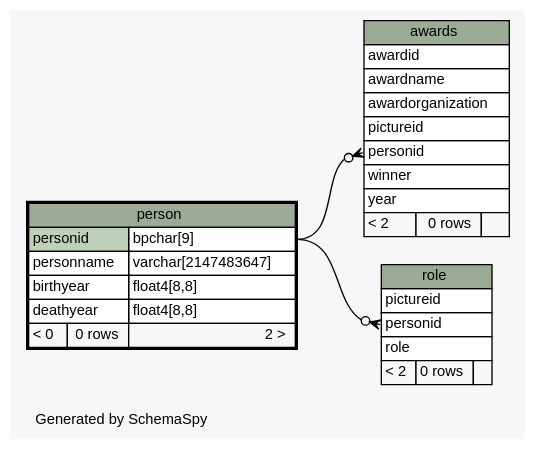
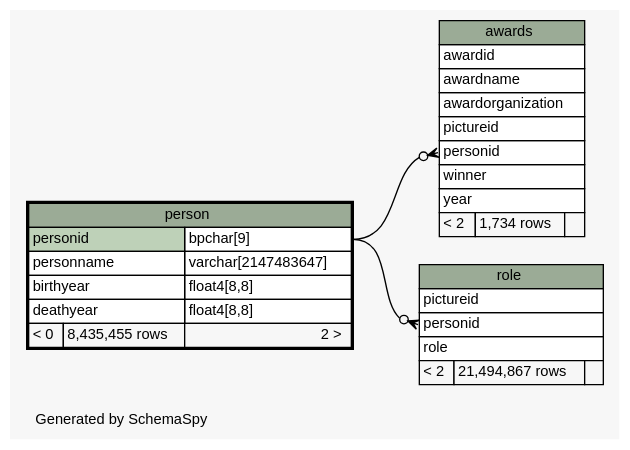
One commit to sipian/CS3563-DBMS changed the diagram in populating-tables/schemaspy/diagrams/person.1degree.dot. Above: the diagram before and after it, drawn with Graphviz. The commit also changed 65 other files, not shown here.

```diff
--- a/populating-tables/schemaspy/diagrams/person.1degree.dot
+++ b/populating-tables/schemaspy/diagrams/person.1degree.dot
@@ -1,65 +1,65 @@
 // dot 2.38.0 on Linux 4.13.0-32-generic
 // SchemaSpy rev 590
 digraph "oneDegreeRelationshipsDiagram" {
   graph [
     rankdir="RL"
     bgcolor="#f7f7f7"
     label="\nGenerated by SchemaSpy"
     labeljust="l"
     nodesep="0.18"
     ranksep="0.46"
     fontname="Helvetica"
     fontsize="11"
   ];
   node [
     fontname="Helvetica"
     fontsize="11"
     shape="plaintext"
   ];
   edge [
     arrowsize="0.8"
   ];
   "awards":"personid":w -> "person":"personid.type":e [arrowhead=none dir=back arrowtail=crowodot];
   "role":"personid":w -> "person":"personid.type":e [arrowhead=none dir=back arrowtail=crowodot];
   "awards" [
     label=<
     <TABLE BORDER="0" CELLBORDER="1" CELLSPACING="0" BGCOLOR="#ffffff">
       <TR><TD COLSPAN="3" BGCOLOR="#9bab96" ALIGN="CENTER">awards</TD></TR>
       <TR><TD PORT="awardid" COLSPAN="3" ALIGN="LEFT">awardid</TD></TR>
       <TR><TD PORT="awardname" COLSPAN="3" ALIGN="LEFT">awardname</TD></TR>
       <TR><TD PORT="awardorganization" COLSPAN="3" ALIGN="LEFT">awardorganization</TD></TR>
       <TR><TD PORT="pictureid" COLSPAN="3" ALIGN="LEFT">pictureid</TD></TR>
       <TR><TD PORT="personid" COLSPAN="3" ALIGN="LEFT">personid</TD></TR>
       <TR><TD PORT="winner" COLSPAN="3" ALIGN="LEFT">winner</TD></TR>
       <TR><TD PORT="year" COLSPAN="3" ALIGN="LEFT">year</TD></TR>
-      <TR><TD ALIGN="LEFT" BGCOLOR="#f7f7f7">&lt; 2</TD><TD ALIGN="RIGHT" BGCOLOR="#f7f7f7">0 rows</TD><TD ALIGN="RIGHT" BGCOLOR="#f7f7f7">  </TD></TR>
+      <TR><TD ALIGN="LEFT" BGCOLOR="#f7f7f7">&lt; 2</TD><TD ALIGN="RIGHT" BGCOLOR="#f7f7f7">1,734 rows</TD><TD ALIGN="RIGHT" BGCOLOR="#f7f7f7">  </TD></TR>
     </TABLE>>
     URL="awards.html"
     tooltip="awards"
   ];
   "person" [
     label=<
     <TABLE BORDER="2" CELLBORDER="1" CELLSPACING="0" BGCOLOR="#ffffff">
       <TR><TD COLSPAN="3" BGCOLOR="#9bab96" ALIGN="CENTER">person</TD></TR>
       <TR><TD PORT="personid" COLSPAN="2" BGCOLOR="#bed1b8" ALIGN="LEFT">personid</TD><TD PORT="personid.type" ALIGN="LEFT">bpchar[9]</TD></TR>
       <TR><TD PORT="personname" COLSPAN="2" ALIGN="LEFT">personname</TD><TD PORT="personname.type" ALIGN="LEFT">varchar[2147483647]</TD></TR>
       <TR><TD PORT="birthyear" COLSPAN="2" ALIGN="LEFT">birthyear</TD><TD PORT="birthyear.type" ALIGN="LEFT">float4[8,8]</TD></TR>
       <TR><TD PORT="deathyear" COLSPAN="2" ALIGN="LEFT">deathyear</TD><TD PORT="deathyear.type" ALIGN="LEFT">float4[8,8]</TD></TR>
-      <TR><TD ALIGN="LEFT" BGCOLOR="#f7f7f7">&lt; 0</TD><TD ALIGN="RIGHT" BGCOLOR="#f7f7f7">0 rows</TD><TD ALIGN="RIGHT" BGCOLOR="#f7f7f7">2 &gt;</TD></TR>
+      <TR><TD ALIGN="LEFT" BGCOLOR="#f7f7f7">&lt; 0</TD><TD ALIGN="RIGHT" BGCOLOR="#f7f7f7">8,435,455 rows</TD><TD ALIGN="RIGHT" BGCOLOR="#f7f7f7">2 &gt;</TD></TR>
     </TABLE>>
     URL="person.html"
     tooltip="person"
   ];
   "role" [
     label=<
     <TABLE BORDER="0" CELLBORDER="1" CELLSPACING="0" BGCOLOR="#ffffff">
       <TR><TD COLSPAN="3" BGCOLOR="#9bab96" ALIGN="CENTER">role</TD></TR>
       <TR><TD PORT="pictureid" COLSPAN="3" ALIGN="LEFT">pictureid</TD></TR>
       <TR><TD PORT="personid" COLSPAN="3" ALIGN="LEFT">personid</TD></TR>
       <TR><TD PORT="role" COLSPAN="3" ALIGN="LEFT">role</TD></TR>
-      <TR><TD ALIGN="LEFT" BGCOLOR="#f7f7f7">&lt; 2</TD><TD ALIGN="RIGHT" BGCOLOR="#f7f7f7">0 rows</TD><TD ALIGN="RIGHT" BGCOLOR="#f7f7f7">  </TD></TR>
+      <TR><TD ALIGN="LEFT" BGCOLOR="#f7f7f7">&lt; 2</TD><TD ALIGN="RIGHT" BGCOLOR="#f7f7f7">21,494,867 rows</TD><TD ALIGN="RIGHT" BGCOLOR="#f7f7f7">  </TD></TR>
     </TABLE>>
     URL="role.html"
     tooltip="role"
   ];
 }
```
